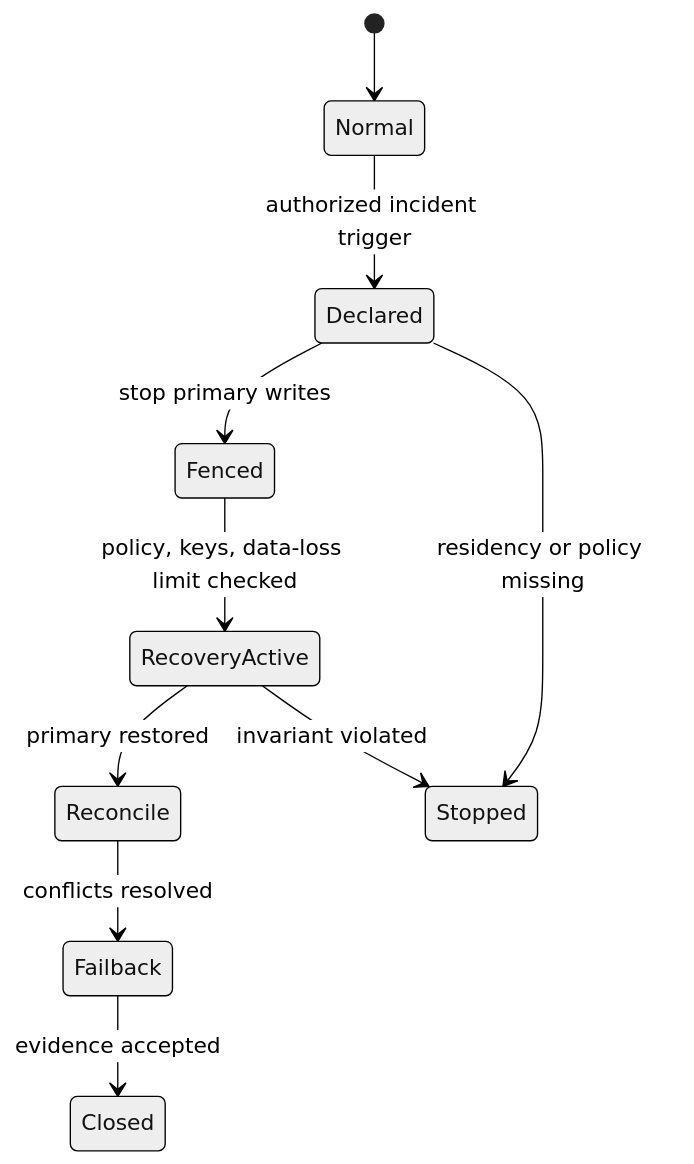
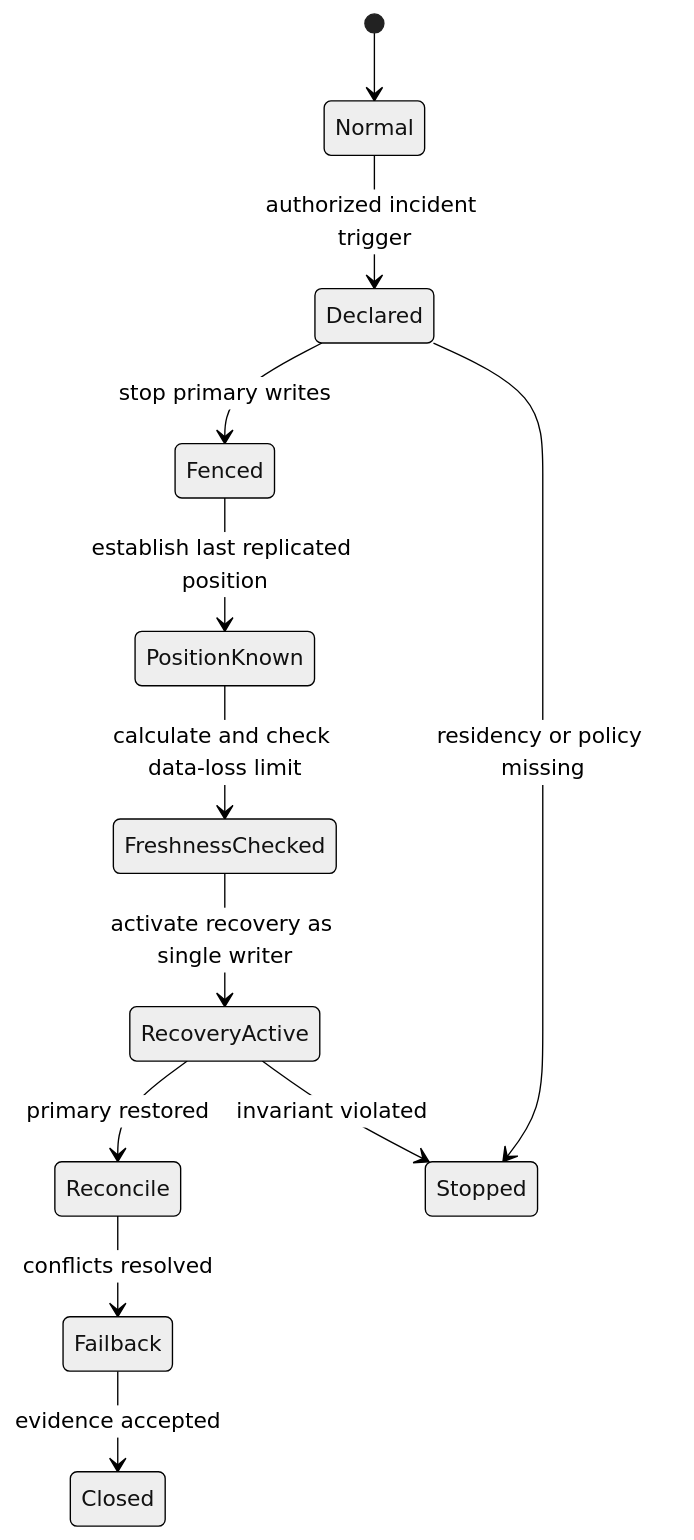
Before and after one commit to VikrantSingh01/Agentic_System_Design: the third of 3 diagrams in modules/08-scale-economics-lifecycle/chapters/34-multi-tenant-multi-region-design.md, drawn with Mermaid (neutral theme). The commit also changed other lines of this file and 4 other files, not shown here.

````diff
--- a/modules/08-scale-economics-lifecycle/chapters/34-multi-tenant-multi-region-design.md
+++ b/modules/08-scale-economics-lifecycle/chapters/34-multi-tenant-multi-region-design.md
@@ -111,12 +111,14 @@
 ```mermaid
 stateDiagram-v2
     [*] --> Normal
     Normal --> Declared: authorized incident trigger
     Declared --> Fenced: stop primary writes
-    Fenced --> RecoveryActive: policy, keys, data-loss limit checked
+    Fenced --> PositionKnown: establish last replicated position
+    PositionKnown --> FreshnessChecked: calculate and check data-loss limit
+    FreshnessChecked --> RecoveryActive: activate recovery as single writer
     RecoveryActive --> Reconcile: primary restored
     Reconcile --> Failback: conflicts resolved
     Failback --> Closed: evidence accepted
     Declared --> Stopped: residency or policy missing
     RecoveryActive --> Stopped: invariant violated
 ```
````
